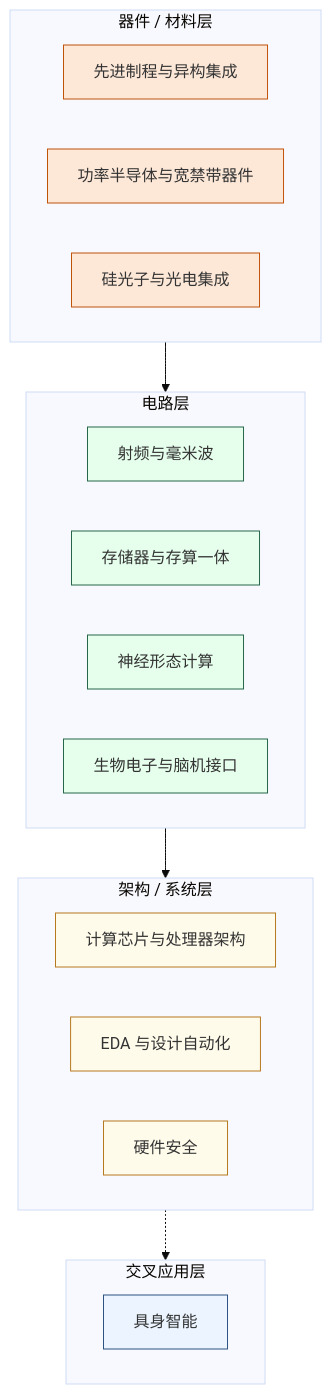
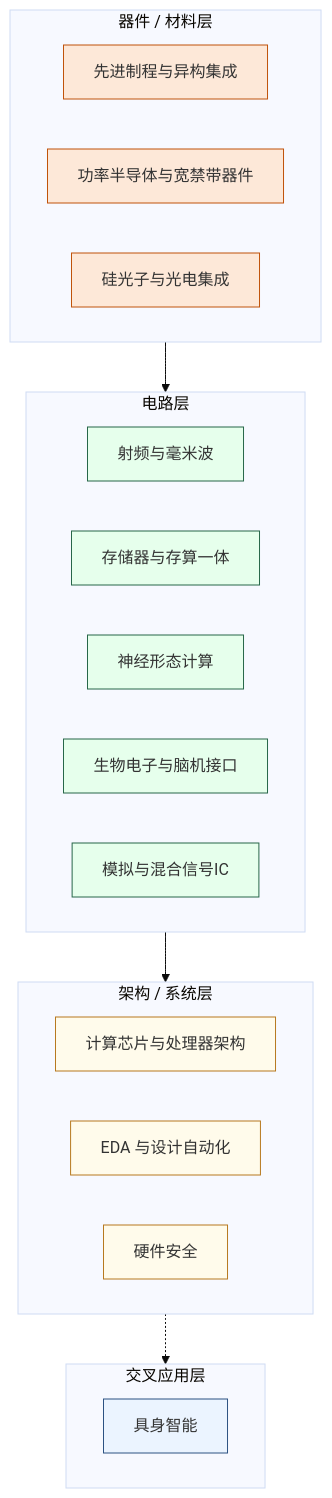
Before and after one commit to Crys-Chen/ic-guide: the diagram in docs/科研方向/index.md, drawn with Mermaid (base theme). The commit also changed other lines of this file and 1 other file, not shown here.

````diff
--- a/docs/科研方向/index.md
+++ b/docs/科研方向/index.md
@@ -15,41 +15,42 @@
 ```mermaid
 graph TB
     subgraph L1["器件 / 材料层"]
         direction LR
         A1["先进制程与异构集成"]
         A2["功率半导体与宽禁带器件"]
         A3["硅光子与光电集成"]
     end
 
     subgraph L2["电路层"]
         direction LR
         B1["射频与毫米波"]
         B2["存储器与存算一体"]
         B3["神经形态计算"]
         B4["生物电子与脑机接口"]
+        B5["模拟与混合信号IC"]
     end
 
     subgraph L3["架构 / 系统层"]
         direction LR
         C1["计算芯片与处理器架构"]
         C2["EDA 与设计自动化"]
         C3["硬件安全"]
     end
 
     subgraph L4["交叉应用层"]
         D1["具身智能"]
     end
 
     L1 --> L2 --> L3
     L3 -.-> L4
 
     classDef device  fill:#FDE8D8,stroke:#C0530A
     classDef circuit fill:#E6FFEC,stroke:#276749
     classDef arch    fill:#FFFBEB,stroke:#B7791F
     classDef cross   fill:#EBF4FF,stroke:#2C5282
 
     class A1,A2,A3 device
-    class B1,B2,B3,B4 circuit
+    class B1,B2,B3,B4,B5 circuit
     class C1,C2,C3 arch
     class D1 cross
 ```
````
